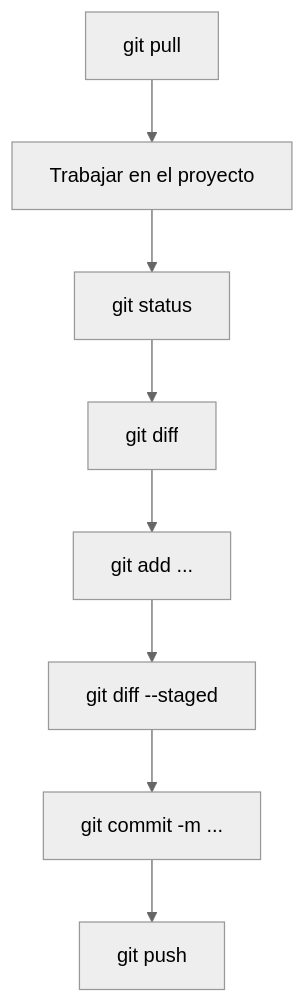
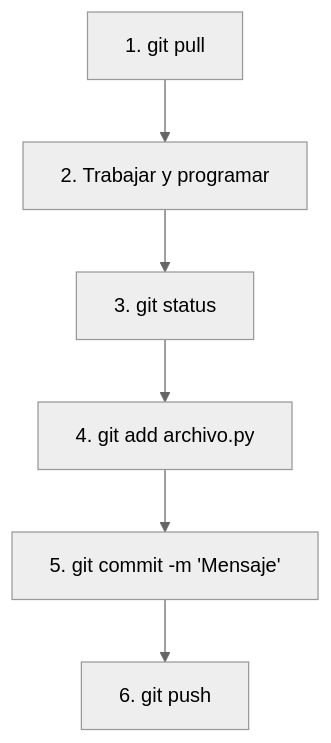
The second of 2 diagrams in guias/01-git-y-github.md (Gael-OC/machine-learning-2026-02), drawn with Mermaid (neutral theme) before and after one commit. The commit also changed other lines of this file and 3 other files, not shown here.

````diff
--- a/guias/01-git-y-github.md
+++ b/guias/01-git-y-github.md
@@ -214,10 +94,8 @@
 ```mermaid
 flowchart TD
-    A[git pull] --> B[Trabajar en el proyecto]
-    B --> C[git status]
-    C --> D[git diff]
-    D --> E[git add ...]
-    E --> F[git diff --staged]
-    F --> G[git commit -m ...]
-    G --> H[git push]
+    A[1. git pull] --> B[2. Trabajar y programar]
+    B --> C[3. git status]
+    C --> D[4. git add archivo.py]
+    D --> E[5. git commit -m 'Mensaje']
+    E --> F[6. git push]
 ```
````
